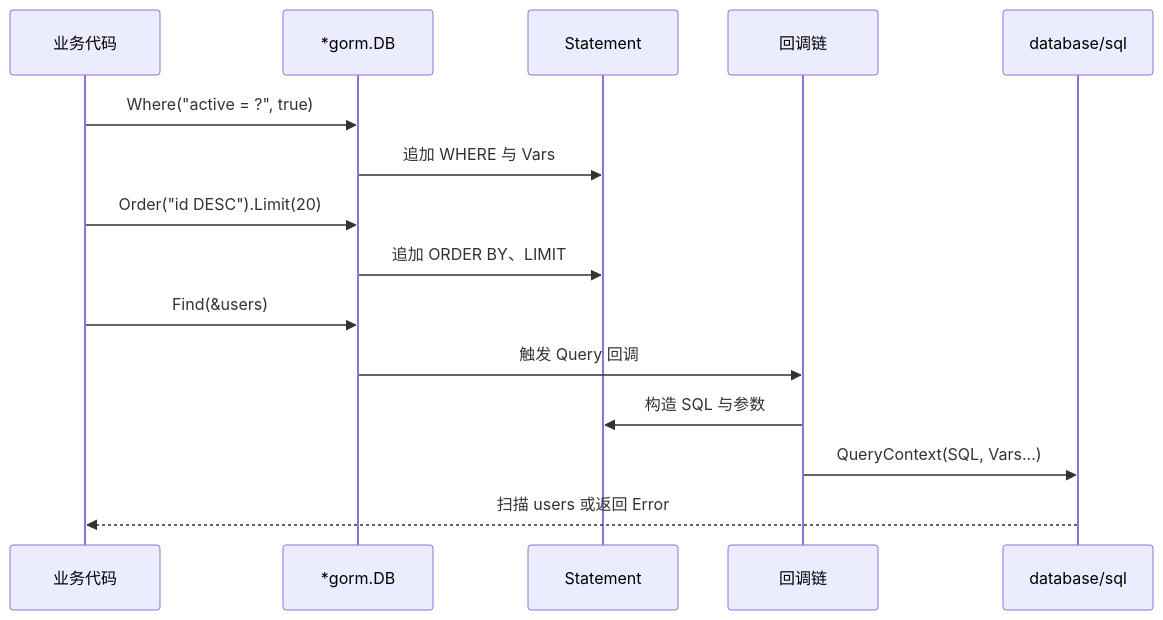
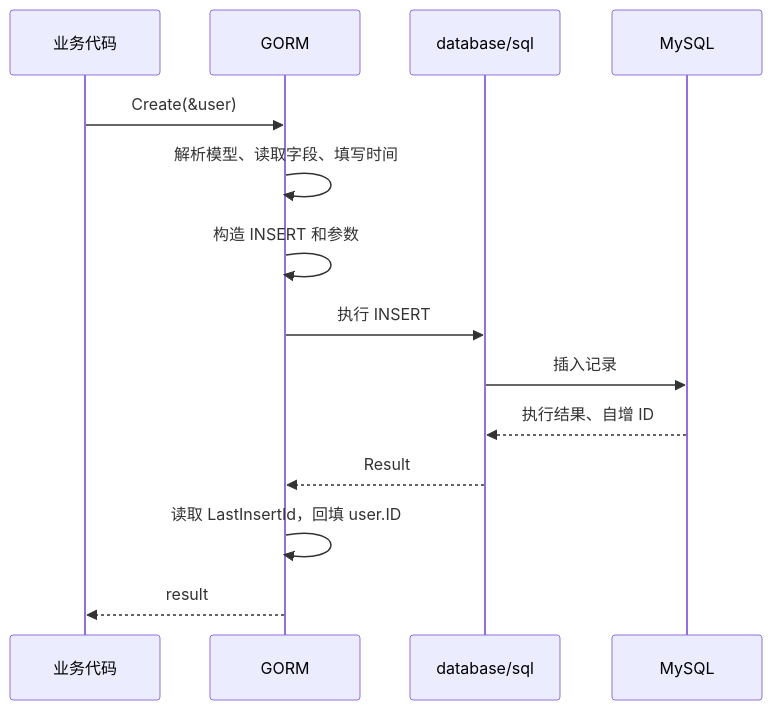
One commit to zzxrepository/gocode changed the fourth of 12 diagrams in src/backend/go/frameworks-and-ecosystem/02-data-access/02-gorm.md. Above: the diagram before and after it, drawn with Mermaid. The commit also changed other lines of this file and 1 other file, not shown here.

Commit message:
docs(go): 更新 GORM 教程并梳理 SQLx CRUD 用法与层级

````diff
--- a/src/backend/go/frameworks-and-ecosystem/02-data-access/02-gorm.md
+++ b/src/backend/go/frameworks-and-ecosystem/02-data-access/02-gorm.md
@@ -772,18 +480,17 @@
 ```mermaid
 sequenceDiagram
     participant App as 业务代码
-    participant DB as *gorm.DB
-    participant Stmt as Statement
-    participant CB as 回调链
-    participant SQL as database/sql
+    participant G as GORM
+    participant S as database/sql
+    participant M as MySQL
 
-    App->>DB: Where("active = ?", true)
-    DB->>Stmt: 追加 WHERE 与 Vars
-    App->>DB: Order("id DESC").Limit(20)
-    DB->>Stmt: 追加 ORDER BY、LIMIT
-    App->>DB: Find(&users)
-    DB->>CB: 触发 Query 回调
-    CB->>Stmt: 构造 SQL 与参数
-    CB->>SQL: QueryContext(SQL, Vars...)
-    SQL-->>App: 扫描 users 或返回 Error
+    App->>G: Create(&user)
+    G->>G: 解析模型、读取字段、填写时间
+    G->>G: 构造 INSERT 和参数
+    G->>S: 执行 INSERT
+    S->>M: 插入记录
+    M-->>S: 执行结果、自增 ID
+    S-->>G: Result
+    G->>G: 读取 LastInsertId，回填 user.ID
+    G-->>App: result
 ```
````
